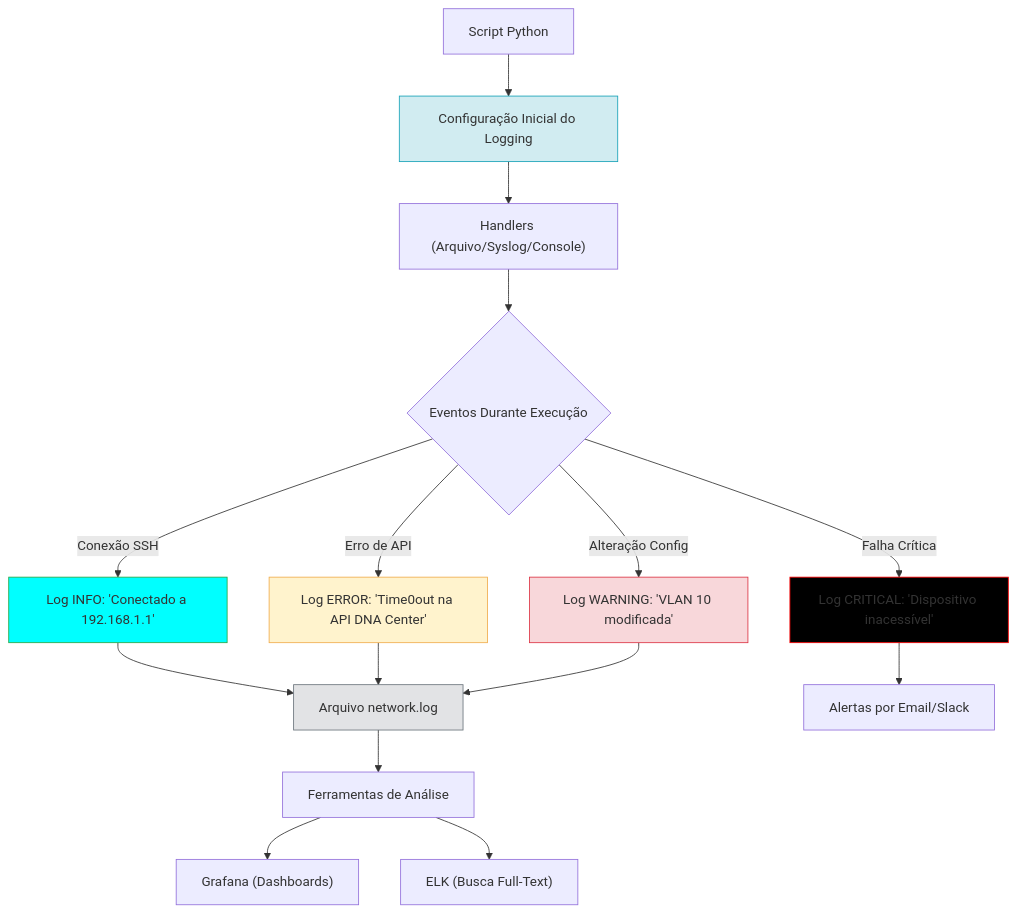
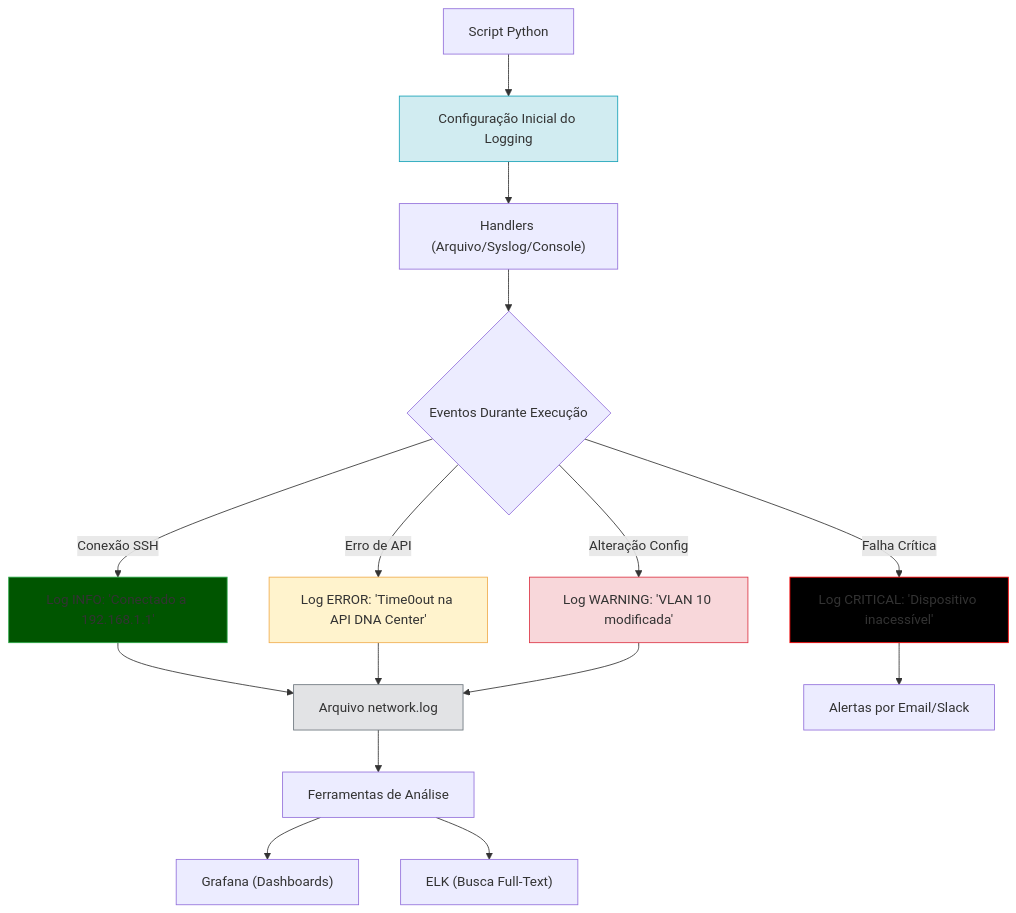
Before and after one commit to alcancil/Cisco: the diagram in CCNP 350-401 ENCOR/06 - Automation/17- Python - Basico 12 - Logging/README.md, drawn with Mermaid.

Commit message:
Alterado o arquivo README.md

````diff
--- a/CCNP 350-401 ENCOR/06 - Automation/17- Python - Basico 12 - Logging/README.md
+++ b/CCNP 350-401 ENCOR/06 - Automation/17- Python - Basico 12 - Logging/README.md
@@ -32,24 +32,24 @@
 ```mermaid
 graph TB
     A[Script Python] --> B[Configuração Inicial do Logging]
     B --> C["Handlers (Arquivo/Syslog/Console)"]
     C --> D{"Eventos Durante Execução"}
     D -->|Conexão SSH| E[Log INFO: 'Conectado a 192.168.1.1']
     D -->|Erro de API| F[Log ERROR: 'Time0out na API DNA Center']
     D -->|Alteração Config| G[Log WARNING: 'VLAN 10 modificada']
     D -->|Falha Crítica| H[Log CRITICAL: 'Dispositivo inacessível']
     E --> I[Arquivo network.log]
     F --> I
     G --> I
     H --> J[Alertas por Email/Slack]
     I --> K[Ferramentas de Análise]
     K --> L["Grafana (Dashboards)"]
     K --> M["ELK (Busca Full-Text)"]
 
     style B fill:#d1ecf1,stroke:#17a2b8,color:#000000  # Configuracao
-    style E fill:#00FFFF,stroke:#28a745,color:#ff0000  # INFO
+    style E fill:#005500,stroke:#28a745,color:#FFFFFF  # INFO
     style F fill:#fff3cd,stroke:#f0ad4e,color:#000000  # ERROR
     style G fill:#f8d7da,stroke:#dc3545,color:#000000  # WARNING
     style H fill:#000000,stroke:#ff0000,color:#ffffff  # CRITICAL
     style I fill:#e2e3e5,stroke:#6c757d,color:#000000  # Arquivo
 ```
````
